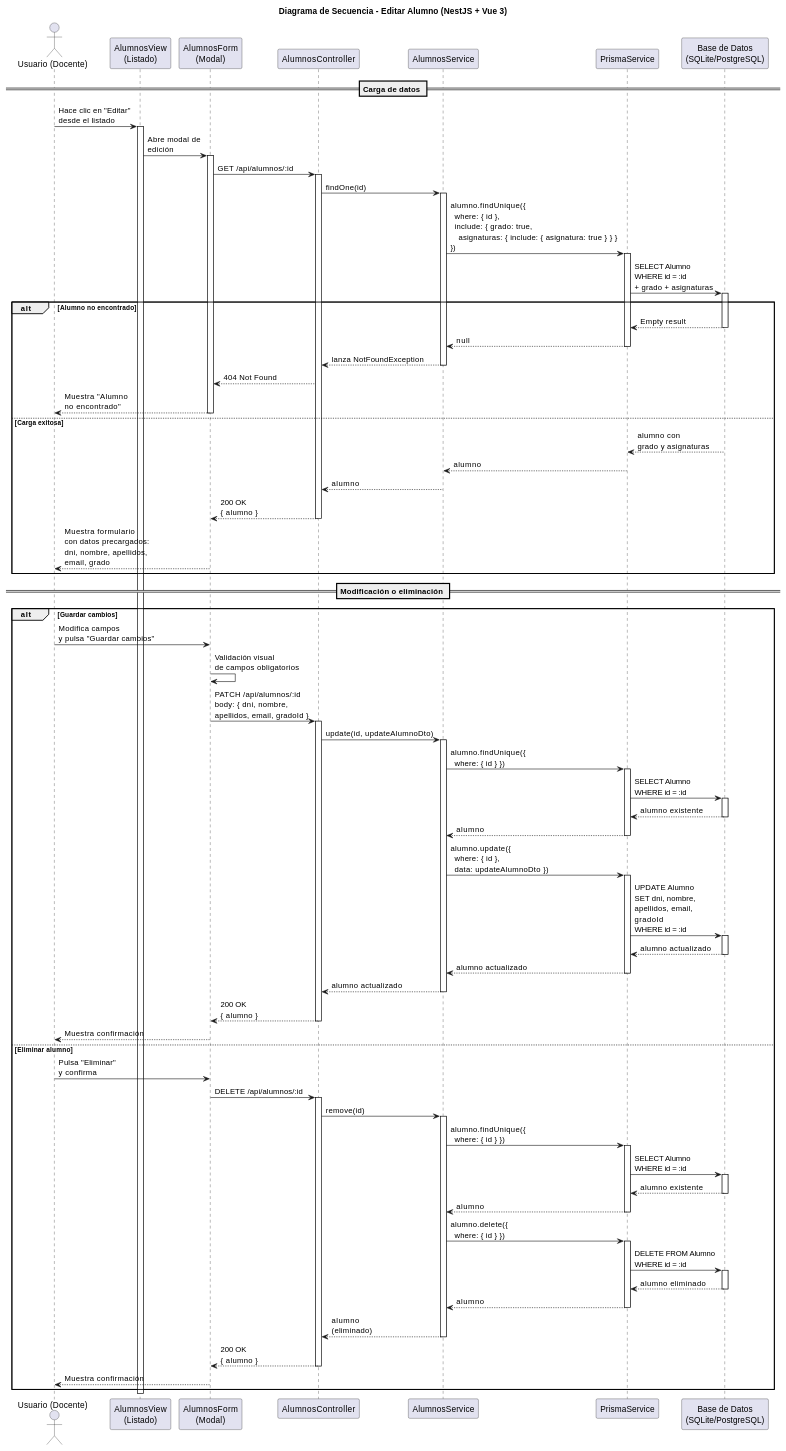
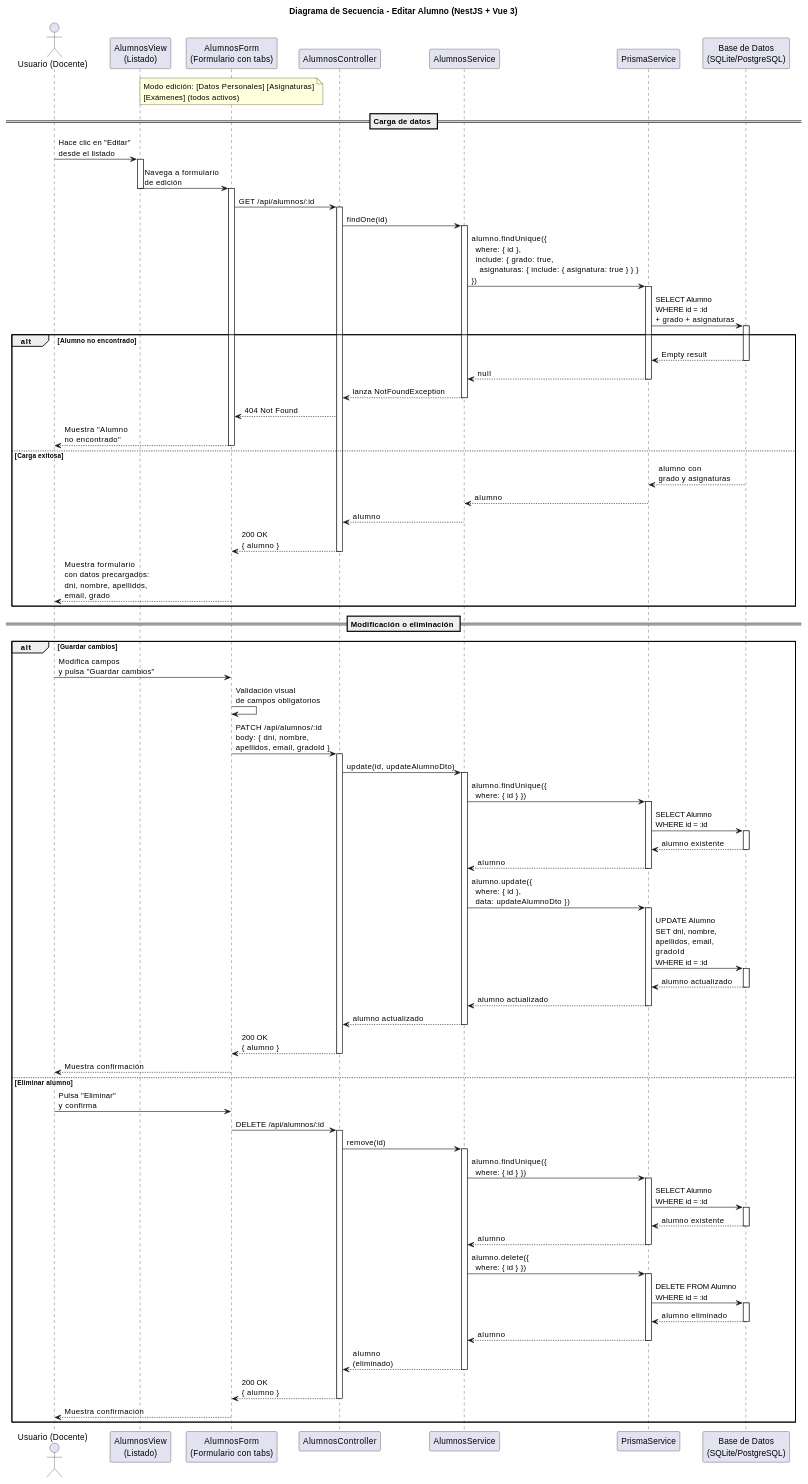
The diagram in documents/diseño/editarAlumno/README.md (marcosgutierrez6/25-26-idsw2-sdVC), drawn with PlantUML before and after one commit. The commit also changed other lines of this file and 14 other files, not shown here.

````diff
--- a/documents/diseño/editarAlumno/README.md
+++ b/documents/diseño/editarAlumno/README.md
@@ -33,18 +33,21 @@
 
 actor "Usuario (Docente)" as User
 participant "AlumnosView\n(Listado)" as List
-participant "AlumnosForm\n(Modal)" as Form
+participant "AlumnosForm\n(Formulario con tabs)" as Form
 participant "AlumnosController" as Controller
 participant "AlumnosService" as Service
 participant "PrismaService" as Prisma
 participant "Base de Datos\n(SQLite/PostgreSQL)" as DB
+
+note over Form : Modo edición: [Datos Personales] [Asignaturas]\n[Exámenes] (todos activos)
 
 == Carga de datos ==
 
 User -> List: Hace clic en "Editar"\ndesde el listado
 activate List
 
-List -> Form: Abre modal de\nedición
+List -> Form: Navega a formulario\nde edición
+deactivate List
 activate Form
 
 Form -> Controller: GET /api/alumnos/:id
@@ -148,7 +151,6 @@
 end
 
 deactivate Form
-deactivate List
 
 @enduml
 ```
````
